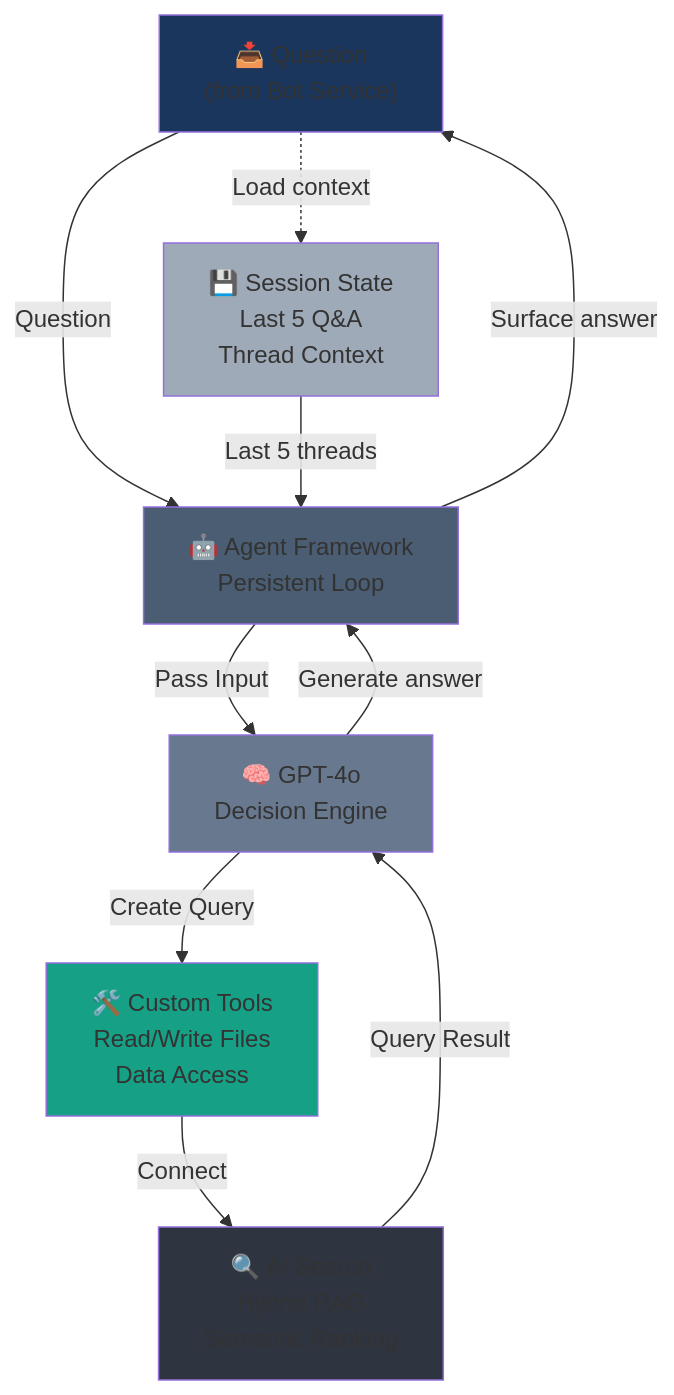
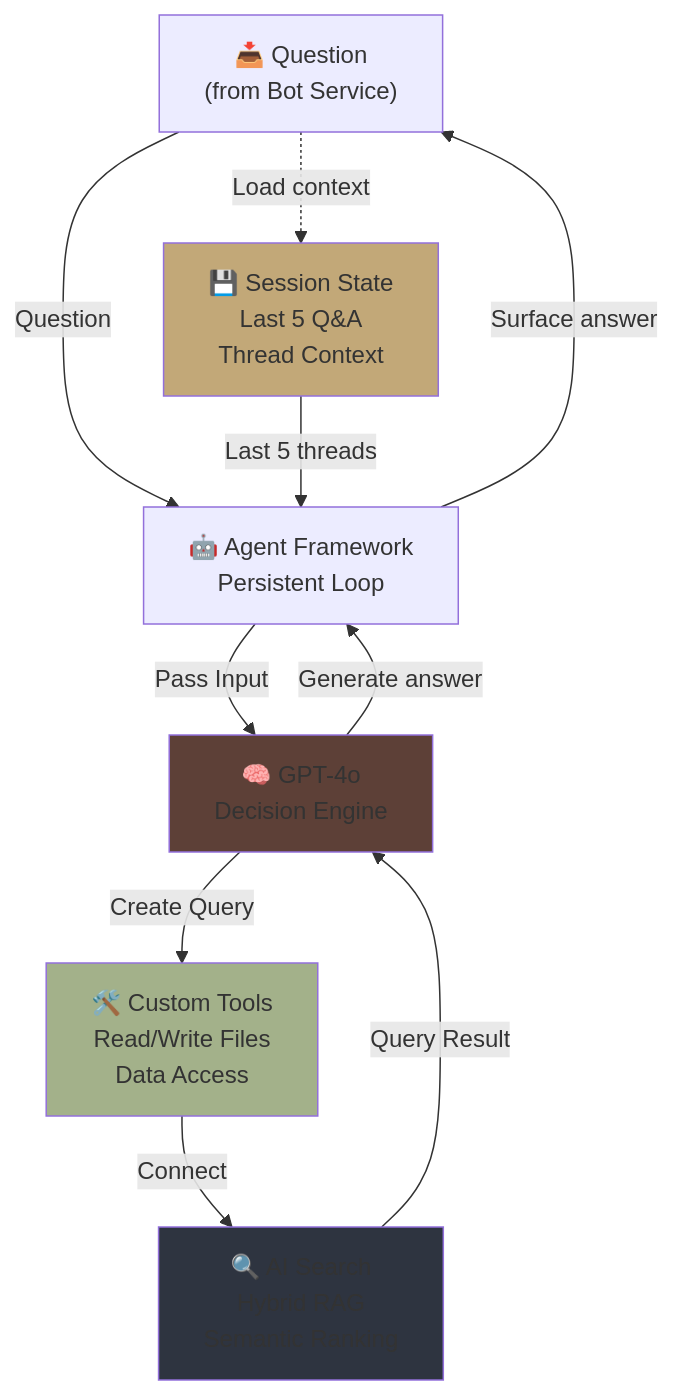
Before and after one commit to gabycb/rag-sample-copy: the second of 3 diagrams in README.md, drawn with Mermaid.

Commit message:
Change color styles in README diagram
Updated color styles for various components in the diagram.

````diff
--- a/README.md
+++ b/README.md
@@ -74,33 +74,33 @@
 ```mermaid
 graph TB
     Input["📥 Question<br/>(from Bot Service)"]
     
     SessionMgr["💾 Session State<br/>Last 5 Q&A<br/>Thread Context"]
     
     Agent["🤖 Agent Framework<br/>Persistent Loop"]
     
     LLM["🧠 GPT-4o<br/>Decision Engine"]
     
     Tools["🛠️ Custom Tools<br/>Read/Write Files<br/>Data Access"]
     
     Search["🔍 AI Search<br/>Hybrid RAG<br/>Semantic Ranking"]
         
     Input -->|Question| Agent
     Input -.->|Load context| SessionMgr
     SessionMgr -->|Last 5 threads| Agent
     
     Agent -->|Pass Input| LLM
     LLM -->|Create Query| Tools
     Tools -->|Connect| Search
     Search -->|Query Result| LLM
     
     LLM -->|Generate answer| Agent
     Agent -->|Surface answer| Input
     
-    style Input fill:#1B365D
-    style Agent fill:#4B5D73
-    style LLM fill:#68798F
-    style SessionMgr fill:#9FAAB8
-    style Tools fill:#16a085
+    style Input fill:##6B8E23
+    style Agent fill:##355E3B
+    style LLM fill:#5D4037
+    style SessionMgr fill:#C2A878
+    style Tools fill:#A3B18A
     style Search fill:#2E3440
 ```
````
